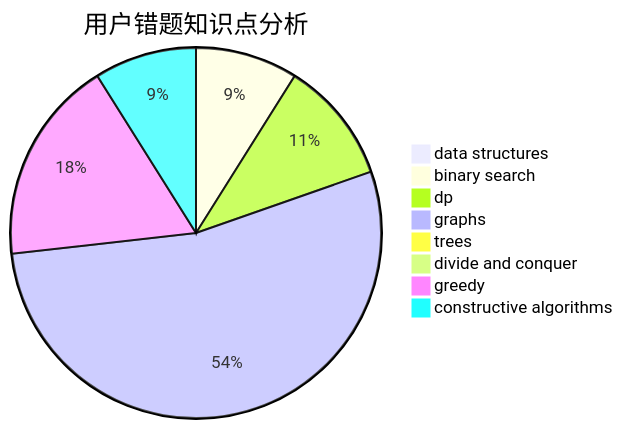
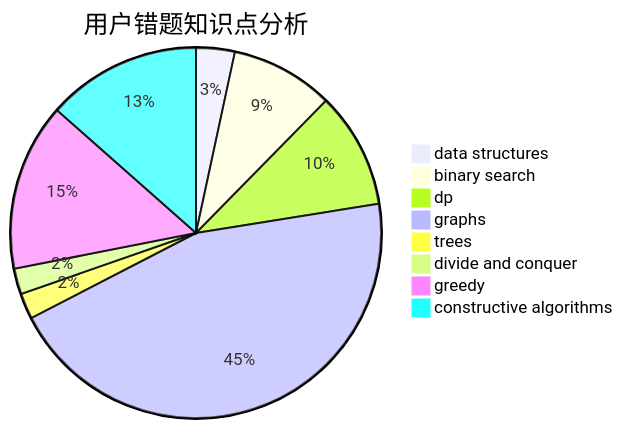
One commit to sherpahu/cfrs.github.io changed the third of 3 diagrams in docs/user/u977.md. Above: the diagram before and after it, drawn with Mermaid. The commit also changed other lines of this file and 2770 other files, not shown here.

````diff
--- a/docs/user/u977.md
+++ b/docs/user/u977.md
@@ -36,11 +36,11 @@
 ```mermaid
 pie title 用户错题知识点分析
-    "data structures" :  0
-    "binary search" :  5
-    "dp" :  6
-    "graphs" :  30
-    "trees" :  0
-    "divide and conquer" :  0
-    "greedy" :  10
-    "constructive algorithms" :  5
+    "data structures" :  3
+    "binary search" :  8
+    "dp" :  9
+    "graphs" :  40
+    "trees" :  2
+    "divide and conquer" :  2
+    "greedy" :  13
+    "constructive algorithms" :  12
 ```
````
